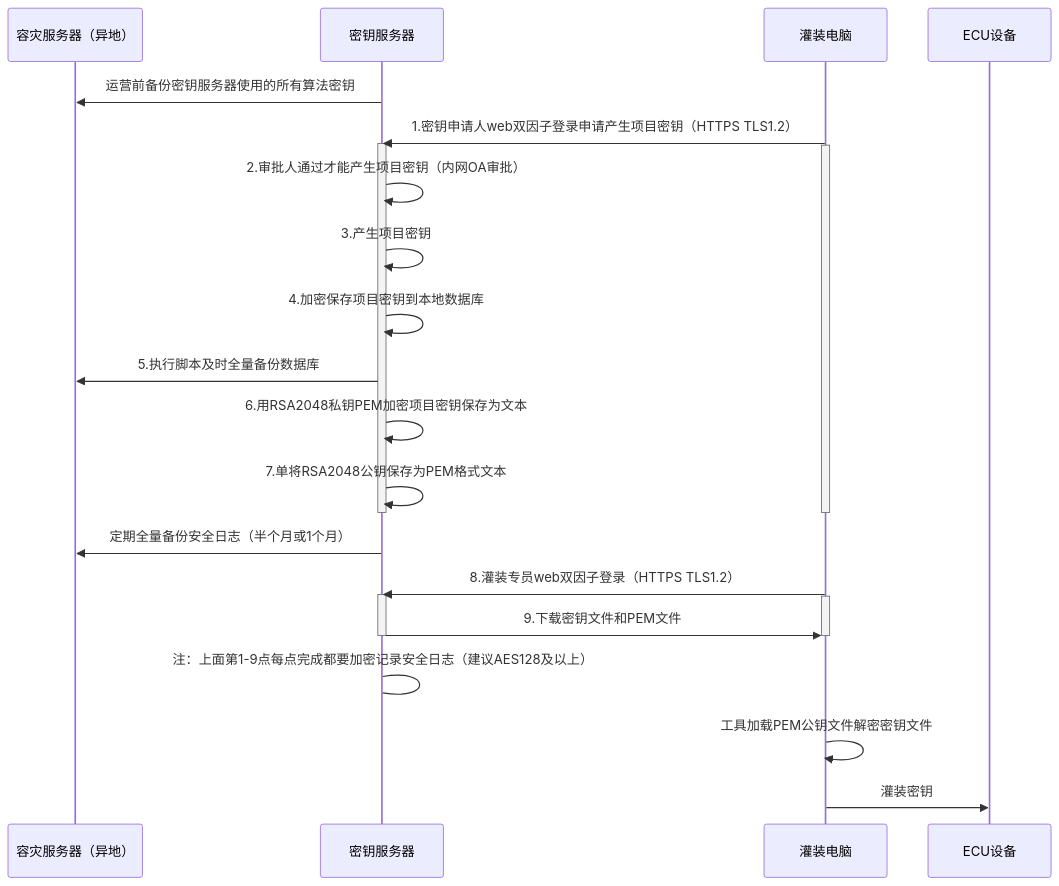
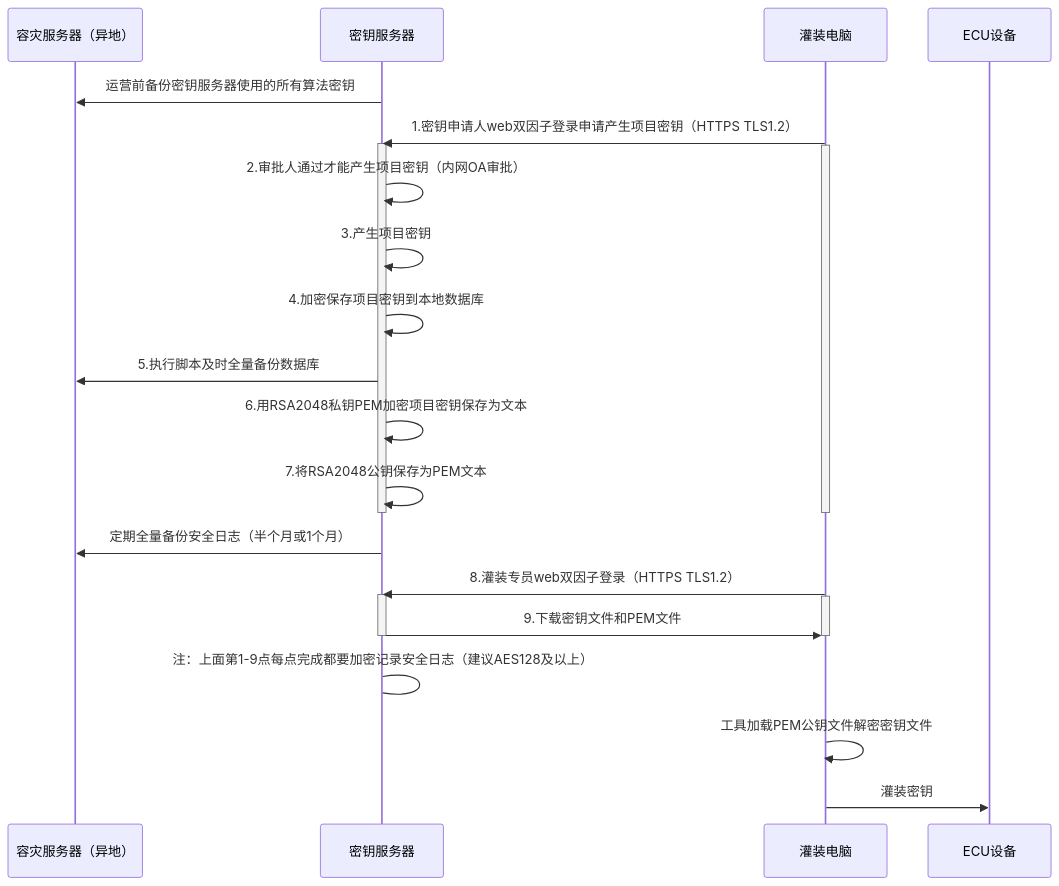
The diagram in all/未命名-15.md (facebook-cloud/iodraw-files), drawn with Mermaid before and after one commit.

Commit message:
2026-02-13 10:11:36 update

````diff
--- a/all/未命名-15.md
+++ b/all/未命名-15.md
@@ -1,34 +1,34 @@
 ```mermaid
 sequenceDiagram
     participant A as 容灾服务器（异地）
     participant B as 密钥服务器
     participant D as 灌装电脑
     participant E as ECU设备
 
     B->>A: 运营前备份密钥服务器使用的所有算法密钥
     D->>B: 1.密钥申请人web双因子登录申请产生项目密钥（HTTPS TLS1.2）
     activate B
     activate D
     B->>B: 2.审批人通过才能产生项目密钥（内网OA审批）
     B->>B: 3.产生项目密钥
     B->>B: 4.加密保存项目密钥到本地数据库
     B->>A: 5.执行脚本及时全量备份数据库
     B->>B: 6.用RSA2048私钥PEM加密项目密钥保存为文本
-    B->>B: 7.单将RSA2048公钥保存为PEM格式文本
+    B->>B: 7.将RSA2048公钥保存为PEM文本
     deactivate B
     deactivate D
 
     B->>A: 定期全量备份安全日志（半个月或1个月）
     
     D->>B: 8.灌装专员web双因子登录（HTTPS TLS1.2）
     activate B
     activate D
     B->>D: 9.下载密钥文件和PEM文件
     deactivate B
     deactivate D
     B->B: 注：上面第1-9点每点完成都要加密记录安全日志（建议AES128及以上）
 
     D->>D:工具加载PEM公钥文件解密密钥文件
     
     D->>E: 灌装密钥
 ```
````
